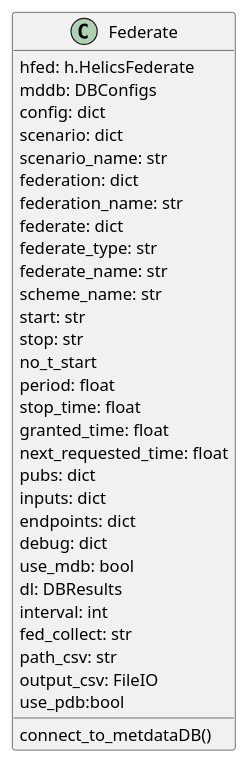
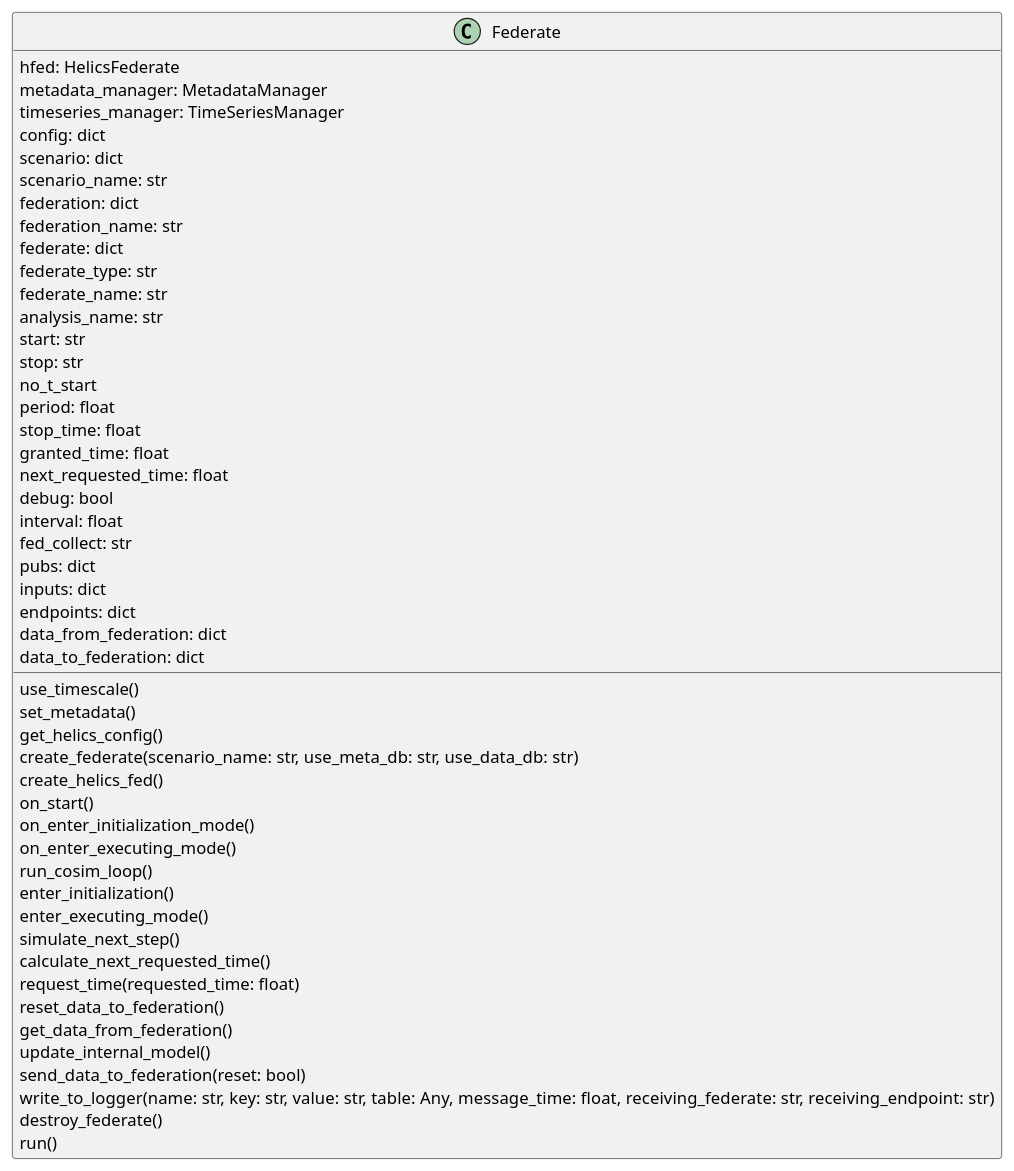
Before and after one commit to pnnl/cst: the diagram in docs/design/uml/federate_cd.plantuml, drawn with PlantUML. The commit also changed 9 other files, not shown here.

```diff
--- a/docs/design/uml/federate_cd.plantuml
+++ b/docs/design/uml/federate_cd.plantuml
@@ -1,34 +1,53 @@
  @startuml   
     class Federate {
-        hfed: h.HelicsFederate
-        mddb: DBConfigs
+        hfed: HelicsFederate
+        metadata_manager: MetadataManager
+        timeseries_manager: TimeSeriesManager
         config: dict
         scenario: dict
         scenario_name: str
         federation: dict
         federation_name: str
         federate: dict
         federate_type: str
         federate_name: str
-        scheme_name: str
+        analysis_name: str
         start: str
         stop: str
         no_t_start
         period: float
         stop_time: float
         granted_time: float
         next_requested_time: float
+        debug: bool 
+        interval: float
+        fed_collect: str
         pubs: dict
         inputs: dict
         endpoints: dict
-        debug: dict
-        use_mdb: bool
-        dl: DBResults
-        interval: int
-        fed_collect: str
-        path_csv: str
-        output_csv: FileIO
-        use_pdb:bool
-        connect_to_metdataDB()
+        data_from_federation: dict
+        data_to_federation: dict
+        
+        use_timescale()
+        set_metadata()
+        get_helics_config()
+        create_federate(scenario_name: str, use_meta_db: str, use_data_db: str)
+        create_helics_fed()
+        on_start()
+        on_enter_initialization_mode()
+        on_enter_executing_mode()
+        run_cosim_loop()
+        enter_initialization()
+        enter_executing_mode()
+        simulate_next_step()
+        calculate_next_requested_time()
+        request_time(requested_time: float)
+        reset_data_to_federation()
+        get_data_from_federation()
+        update_internal_model()
+        send_data_to_federation(reset: bool)
+        write_to_logger(name: str, key: str, value: str, table: Any, message_time: float, receiving_federate: str, receiving_endpoint: str)
+        destroy_federate()
+        run()
     }
 @enduml
```
